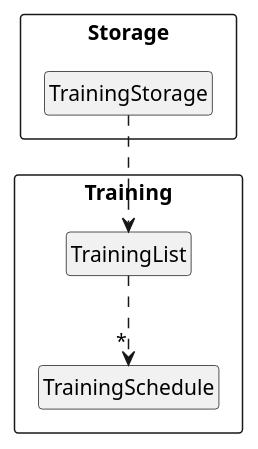
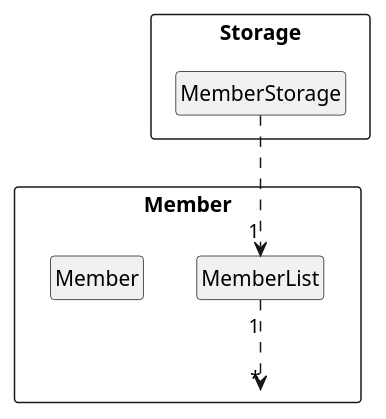
One commit to nus-cs2113-AY2122S1/tp changed the diagram in docs/pumls/MemberComponent.puml. Above: the diagram before and after it, drawn with PlantUML.

```diff
--- a/docs/pumls/MemberComponent.puml
+++ b/docs/pumls/MemberComponent.puml
@@ -1,19 +1,20 @@
 @startuml
 'https://plantuml.com/component-diagram
 
 
-Package Training <<Rectangle>> {
-Class TrainingList
-Class TrainingSchedule
+Package Member <<Rectangle>> {
+
+Class MemberList
+Class Member
 }
 
 Package Storage <<Rectangle>> {
-Class TrainingStorage
+Class MemberStorage
 }
 
-TrainingStorage ..> TrainingList
-TrainingList ..>"*" TrainingSchedule
+MemberStorage ..>   "1"MemberList
+MemberList "1"..>"*" Member
 
 hide members
 hide circle
 @enduml
```
